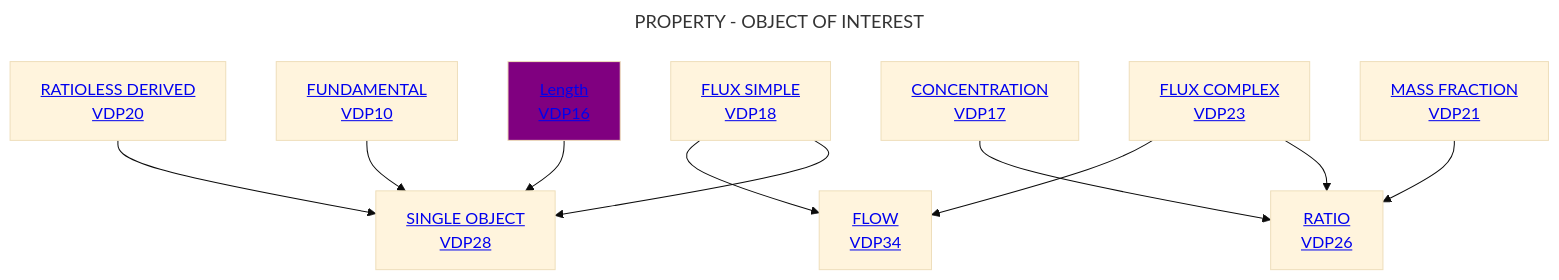
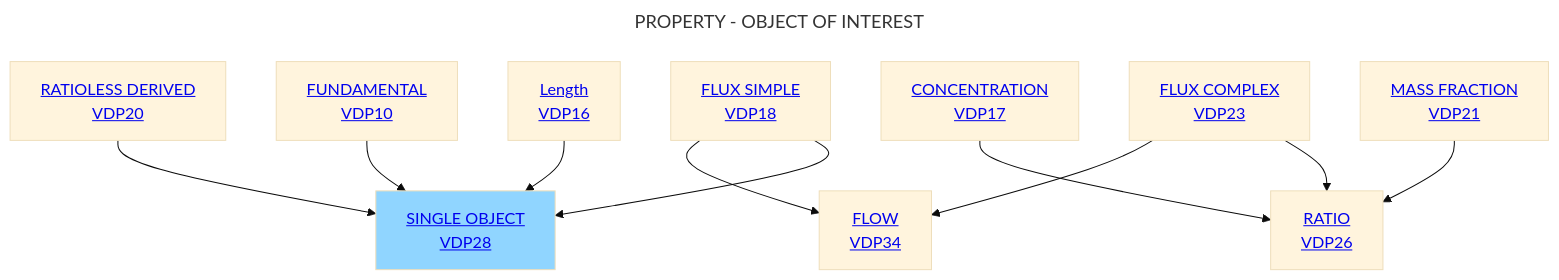
The diagram in Decisition_trees/DT6.mmd (mabablue/I-ADOPT-patterns-playground), drawn with Mermaid (base theme) before and after one commit.

```diff
--- a/Decisition_trees/DT6.mmd
+++ b/Decisition_trees/DT6.mmd
@@ -1,15 +1,15 @@
 ---
 title: PROPERTY - OBJECT OF INTEREST
 ---
 flowchart TD
-    A[<a href='https://github.com/mabablue/I-ADOPT-patterns-playground/blob/main/pattern/VDP16.yaml'>Length <br> VDP16</a>]:::purple --> C[<a href='https://github.com/mabablue/I-ADOPT-patterns-playground/blob/main/pattern/VDP16.yaml'>SINGLE OBJECT <br> VDP28</a>]
+    A[<a href='https://github.com/mabablue/I-ADOPT-patterns-playground/blob/main/pattern/VDP16.yaml'>Length <br> VDP16</a>] --> C[<a href='https://github.com/mabablue/I-ADOPT-patterns-playground/blob/main/pattern/VDP16.yaml'>SINGLE OBJECT <br> VDP28</a>]:::blue
     B[<a href='https://github.com/mabablue/I-ADOPT-patterns-playground/blob/main/pattern/VDP10.yaml'>FUNDAMENTAL <br> VDP10</a>]  --> C
     D[<a href='https://github.com/mabablue/I-ADOPT-patterns-playground/blob/main/pattern/VDP10.yaml'>RATIOLESS DERIVED <br> VDP20</a>] --> C
     L[<a href='https://github.com/mabablue/I-ADOPT-patterns-playground/blob/main/pattern/VDP10.yaml'>MASS FRACTION <br> VDP21</a>] --> F[<a href='https://github.com/mabablue/I-ADOPT-patterns-playground/blob/main/pattern/VDP16.yaml'>RATIO <br> VDP26</a>]
     M[<a href='https://github.com/mabablue/I-ADOPT-patterns-playground/blob/main/pattern/VDP10.yaml'>CONCENTRATION <br> VDP17</a>] --> F
     H[<a href='https://github.com/mabablue/I-ADOPT-patterns-playground/blob/main/pattern/VDP10.yaml'>FLUX SIMPLE <br> VDP18</a>] --> C
     I[<a href='https://github.com/mabablue/I-ADOPT-patterns-playground/blob/main/pattern/VDP10.yaml'>FLUX COMPLEX <br> VDP23</a>] --> F
     H --> K[<a href='https://github.com/mabablue/I-ADOPT-patterns-playground/blob/main/pattern/VDP10.yaml'>FLOW <br> VDP34</a>] 
     I --> K
 
-   classDef purple fill:#800080
+   classDef blue fill:#90D5FF
```
